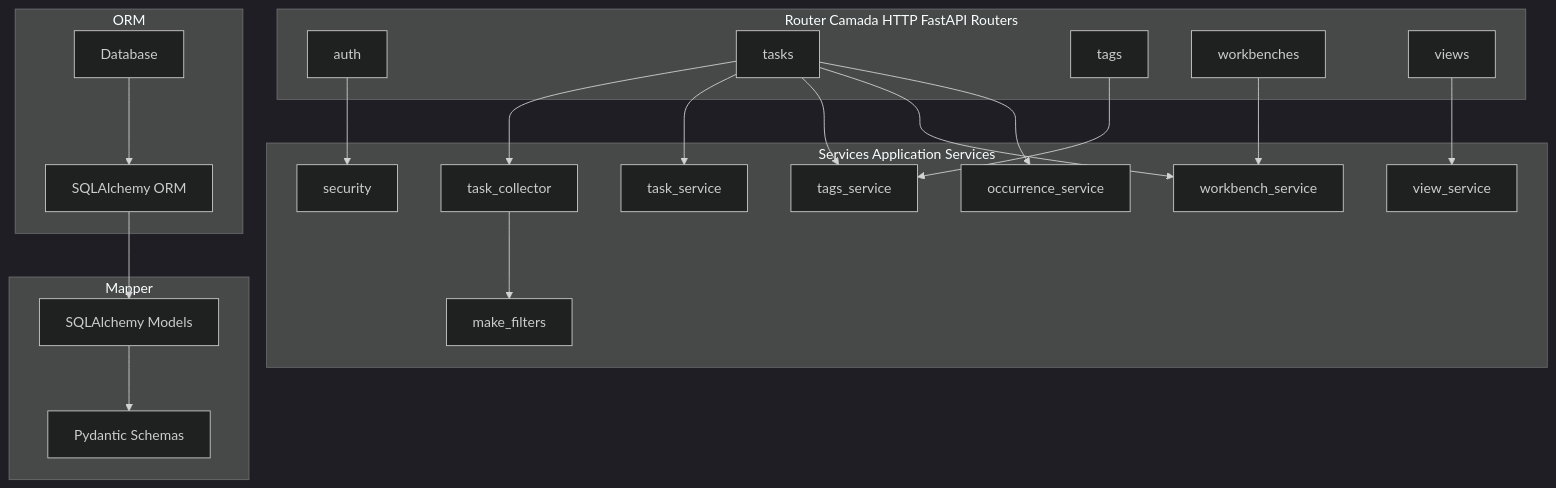
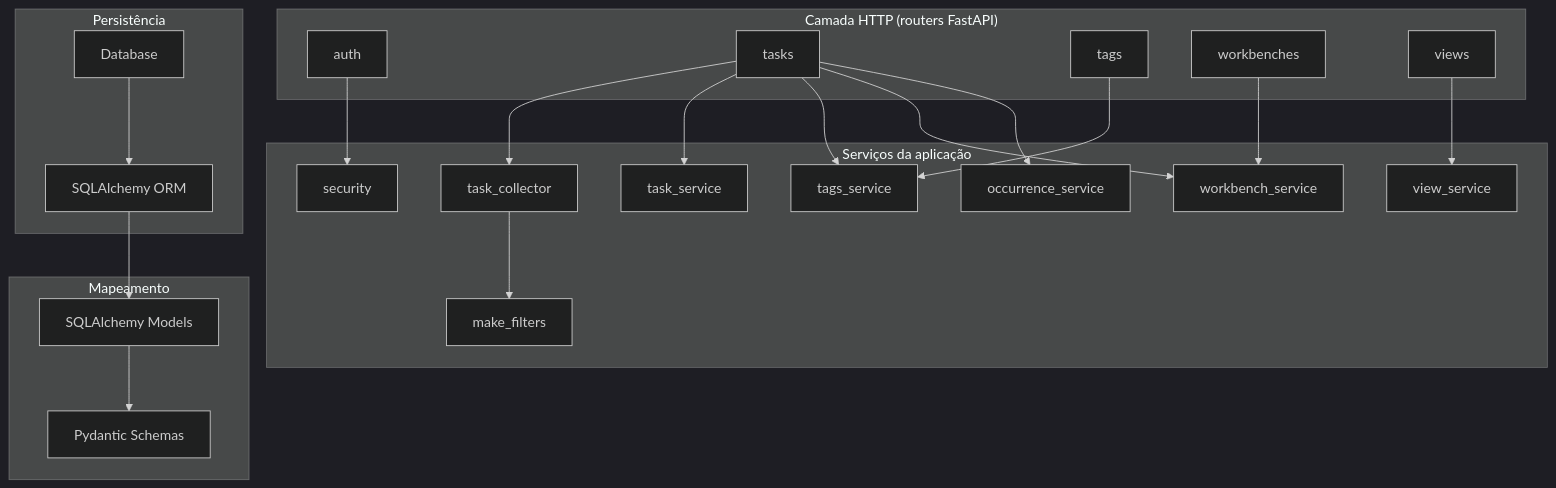
Before and after one commit to bruno-gabriel-muniz/joker-task: the second of 3 diagrams in README.md, drawn with Mermaid. The commit also changed other lines of this file and 1 other file, not shown here.

````diff
--- a/README.md
+++ b/README.md
@@ -278,51 +290,51 @@
 ```mermaid
 ---
 config:
   theme: dark
 ---
 flowchart TD
 
-    subgraph Router Camada HTTP FastAPI Routers
+    subgraph Router["Camada HTTP (routers FastAPI)"]
         AuthRouter[auth]
         TaskRouter[tasks]
         TagRouter[tags]
         WorkbenchRouter[workbenches]
         ViewRouter[views]
     end
 
-    subgraph Services Application Services
+    subgraph Services["Serviços da aplicação"]
         Security[security]
         TaskCollector[task_collector]
         TaskService[task_service]
         TagService[tags_service]
         WorkbenchService[workbench_service]
         ViewService[view_service]
         FilterFactory[make_filters]
         OccurrenceService[occurrence_service]
     end
     AuthRouter --> Security
 
     TaskRouter --> TaskCollector
     TaskRouter --> TaskService
     TaskRouter --> TagService
     TaskRouter --> WorkbenchService
     TaskRouter --> OccurrenceService
 
     TagRouter --> TagService
     WorkbenchRouter --> WorkbenchService
     ViewRouter --> ViewService
 
     TaskCollector --> FilterFactory
 
-    subgraph Mapper
+    subgraph Mapper["Mapeamento"]
         Models[SQLAlchemy Models]
         Schemas[Pydantic Schemas]
     end
     
-    subgraph ORM
+    subgraph ORM["Persistência"]
         Database[Database]
         SQLAlchemy[SQLAlchemy ORM]
     end
 
     Database --> SQLAlchemy --> Models --> Schemas
 ```
````
